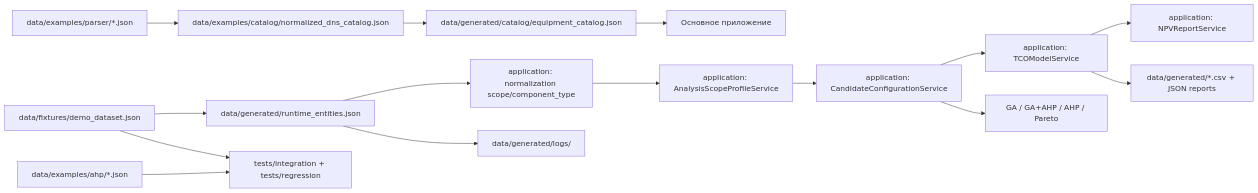
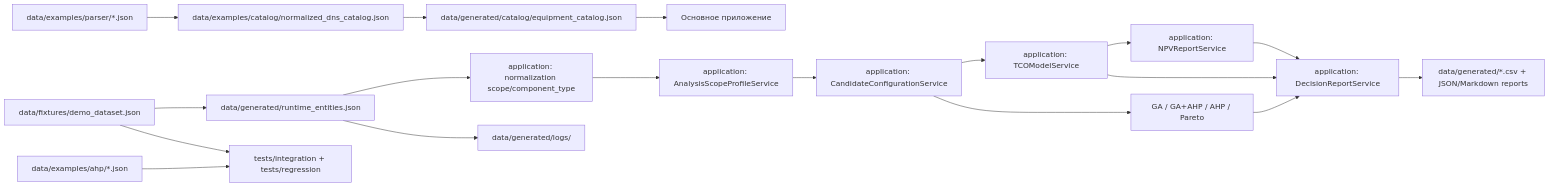
One commit to Pacifica123/it_cost_calc changed the diagram in docs/architecture/data_map.md. Above: the diagram before and after it, drawn with Mermaid. The commit also changed other lines of this file and 15 other files, not shown here.

First line of the commit message:
feat: add decision report export

````diff
--- a/docs/architecture/data_map.md
+++ b/docs/architecture/data_map.md
@@ -5,19 +5,22 @@
 ```mermaid
 flowchart LR
     FIX[data/fixtures/demo_dataset.json] --> RUNTIME[data/generated/runtime_entities.json]
     RUNTIME --> RNORM[application: normalization scope/component_type]
     RNORM --> PROFILE[application: AnalysisScopeProfileService]
     PROFILE --> CAND[application: CandidateConfigurationService]
     CAND --> TCO[application: TCOModelService]
     TCO --> NPV[application: NPVReportService]
     CAND --> ANALYTICS[GA / GA+AHP / AHP / Pareto]
-    TCO --> REPORTS[data/generated/*.csv + JSON reports]
+    TCO --> DREPORT[application: DecisionReportService]
+    NPV --> DREPORT
+    ANALYTICS --> DREPORT
+    DREPORT --> REPORTS[data/generated/*.csv + JSON/Markdown reports]
     RUNTIME --> LOGS[data/generated/logs/]
 
     RAW[data/examples/parser/*.json] --> CNORM[data/examples/catalog/normalized_dns_catalog.json]
     CNORM --> CATALOG[data/generated/catalog/equipment_catalog.json]
     CATALOG --> APP[Основное приложение]
 
     EXAHP[data/examples/ahp/*.json] --> TESTS[tests/integration + tests/regression]
     FIX --> TESTS
 ```
````
